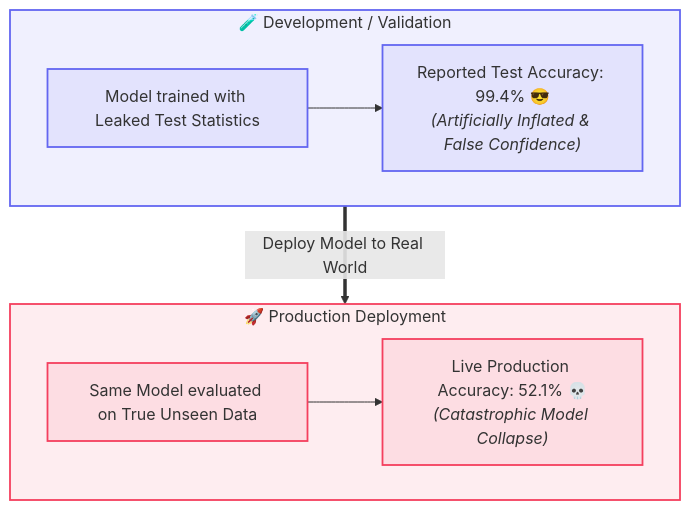
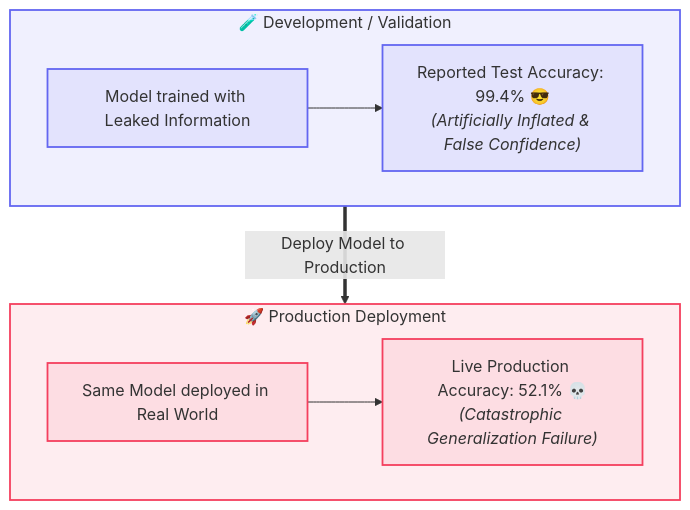
Before and after one commit to abhinavbharti2345/CS_Notes: the second of 6 diagrams in AI & ML/Data Preprocessing/Data Leakage.md, drawn with Mermaid. The commit also changed other lines of this file and 23 other files, not shown here.

Commit message:
docs: add AI & ML notes and generate graph visualization

````diff
--- a/AI & ML/Data Preprocessing/Data Leakage.md
+++ b/AI & ML/Data Preprocessing/Data Leakage.md
@@ -24,17 +49,17 @@
 ```mermaid
 flowchart TD
     subgraph Dev ["🧪 Development / Validation"]
-        M1["Model trained with Leaked Test Statistics"] --> R1["Reported Test Accuracy: 99.4% 😎<br/><i>(Artificially Inflated & False Confidence)</i>"]
+        M1["Model trained with Leaked Information"] --> R1["Reported Test Accuracy: 99.4% 😎<br/><i>(Artificially Inflated & False Confidence)</i>"]
     end
 
     subgraph Prod ["🚀 Production Deployment"]
-        M2["Same Model evaluated on True Unseen Data"] --> R2["Live Production Accuracy: 52.1% 💀<br/><i>(Catastrophic Model Collapse)</i>"]
+        M2["Same Model deployed in Real World"] --> R2["Live Production Accuracy: 52.1% 💀<br/><i>(Catastrophic Generalization Failure)</i>"]
     end
 
-    Dev ==>|"Deploy Model to Real World"| Prod
+    Dev ==>|"Deploy Model to Production"| Prod
 
     classDef dev fill:#6366f118,stroke:#6366f1,stroke-width:1.8px;
     classDef prod fill:#f43f5e18,stroke:#f43f5e,stroke-width:1.8px;
     class Dev,M1,R1 dev;
     class Prod,M2,R2 prod;
 ```
````
